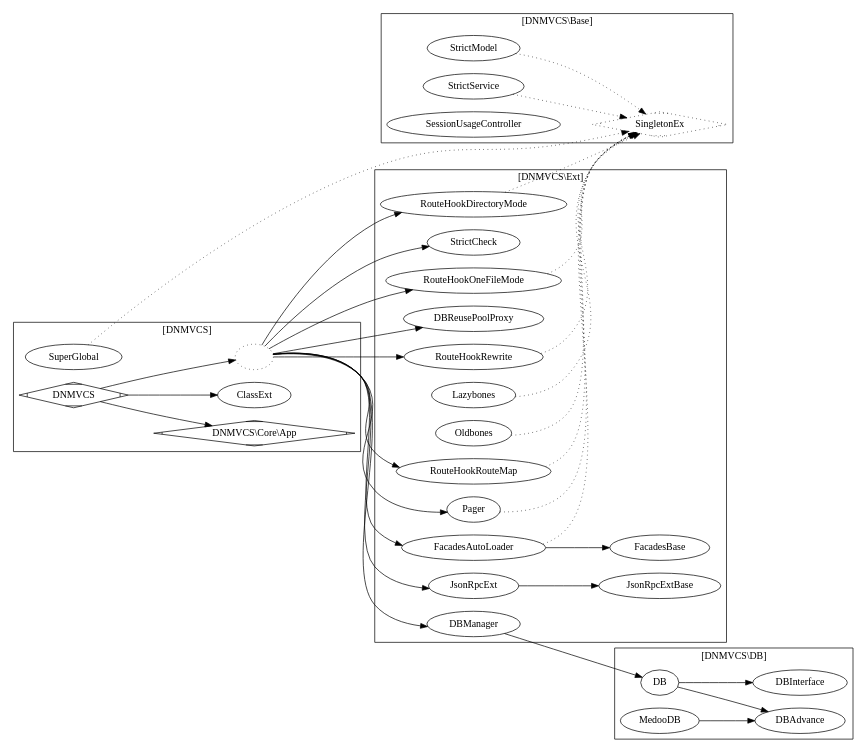
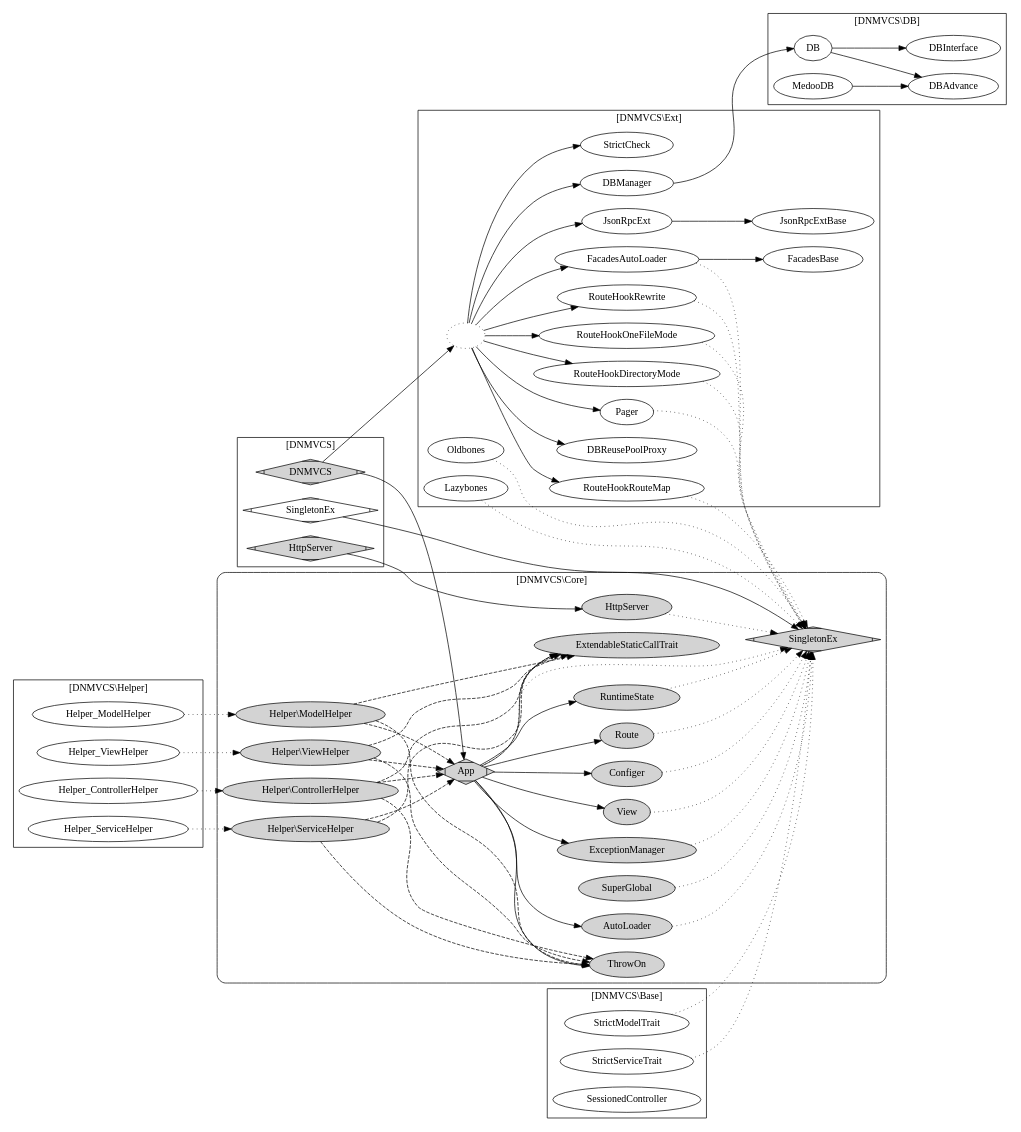
The diagram in doc/dnmvcs.gv (dvaknheo/duckphp), drawn with Graphviz before and after one commit. The commit also changed 4 other files, not shown here.

Commit message:
更新文档，Core 不需要单独结构图了

```diff
--- a/doc/dnmvcs.gv
+++ b/doc/dnmvcs.gv
@@ -1,94 +1,167 @@
 digraph G{
 /* This is a graphviz file */
 graph [rankdir = "LR"];
+    
     SingletonEx [shape=Mdiamond];
+    
+subgraph cluster_Core {
+    style = "rounded";
+    label = "[DNMVCS\\Core]";
+    node [style=filled];
+    
+    Core_App -> Core_AutoLoader ;
+    Core_App -> Core_ExceptionManager;
+    Core_App -> Core_View;
+    Core_App -> Core_Configer;
+    Core_App -> Core_Route;
+    Core_App -> Core_RuntimeState;
+    
+    Core_App -> Core_SingletonEx [style="dotted"];
+    Core_App -> Core_ThrowOn;
+    Core_App -> Core_ExtendableStaticCallTrait;
+    
+    Core_AutoLoader -> Core_SingletonEx [style="dotted"];
+    Core_ExceptionManager -> Core_SingletonEx [style="dotted"];
+    Core_View -> Core_SingletonEx [style="dotted"];
+    Core_Configer -> Core_SingletonEx [style="dotted"];
+    Core_Route -> Core_SingletonEx [style="dotted"];
+    Core_RuntimeState -> Core_SingletonEx [style="dotted"];
+    
+    Core_HttpServer -> Core_SingletonEx [style="dotted"];
+    Core_SuperGlobal -> Core_SingletonEx [style="dotted"];
 
-subgraph cluster_DNMVCS {
-    label = "[DNMVCS]";
+    Core_Helper_ModelHelper -> Core_ExtendableStaticCallTrait [style="dashed"];
+    Core_Helper_ModelHelper -> Core_ThrowOn [style="dashed"];
+    Core_Helper_ModelHelper -> Core_App [style="dashed"];
 
-    DNMVCS -> Core_App;
-    DNMVCS -> ClassExt;
+    Core_Helper_ServiceHelper -> Core_ExtendableStaticCallTrait [style="dashed"];
+    Core_Helper_ServiceHelper -> Core_ThrowOn [style="dashed"];
+    Core_Helper_ServiceHelper -> Core_App [style="dashed"];
 
-    DNMVCS -> Ext;
 
+
+    Core_Helper_ControllerHelper -> Core_ExtendableStaticCallTrait [style="dashed"];
+    Core_Helper_ControllerHelper -> Core_ThrowOn [style="dashed"];
+    Core_Helper_ControllerHelper -> Core_App [style="dashed"];
+    
+    Core_Helper_ViewHelper -> Core_ExtendableStaticCallTrait [style="dashed"];
+    Core_Helper_ViewHelper -> Core_ThrowOn [style="dashed"];
+    Core_Helper_ViewHelper -> Core_App [style="dashed"];
+
+
+    Core_App [label="App";shape=Mdiamond];
+    Core_SingletonEx [label="SingletonEx";shape=Mdiamond];
+    Core_AutoLoader [label="AutoLoader"];
+    Core_ExceptionManager [label="ExceptionManager"];
+    Core_View [label="View"];
+    Core_Configer [label="Configer"];
+    Core_Route [label="Route"];
+    Core_RuntimeState [label="RuntimeState"];
+    
+    Core_HttpServer [label="HttpServer"];
+    Core_SuperGlobal [label="SuperGlobal"];
+
+    Core_ExtendableStaticCallTrait [label="ExtendableStaticCallTrait"];
+    
+    Core_ThrowOn [label="ThrowOn"];
+
+    Core_Helper_ModelHelper [label="Helper\\ModelHelper"];
+    Core_Helper_ServiceHelper [label="Helper\\ServiceHelper"];
+    Core_Helper_ControllerHelper [label="Helper\\ControllerHelper"];
+    Core_Helper_ViewHelper [label="Helper\\ViewHelper"];
     
     
-    ClassExt;
-    SuperGlobal;
-    DNMVCS [shape=Mdiamond];
-    
-    Core_App[label="DNMVCS\\Core\\App" ,shape=Mdiamond];
+}
 
-}
+
+
 subgraph cluster_Base {
     label = "[DNMVCS\\Base]";
-StrictModel -> SingletonEx [style="dotted"]; 
-StrictService -> SingletonEx [style="dotted"]; 
-SessionUsageController;
+    StrictModelTrait -> Core_SingletonEx [style="dotted"]; 
+    StrictServiceTrait -> Core_SingletonEx [style="dotted"]; 
+    SessionedController;
 }
-subgraph cluster_SingletonEx {
-    label = "[DNMVCS\\Base]";
-        SuperGlobal -> SingletonEx[style="dotted"]; 
+subgraph cluster_Helper {
+    label = "[DNMVCS\\Helper]";
+    Helper_ControllerHelper -> Core_Helper_ControllerHelper [style="dotted"]; 
+    Helper_ModelHelper -> Core_Helper_ModelHelper [style="dotted"]; 
+    Helper_ServiceHelper -> Core_Helper_ServiceHelper [style="dotted"]; 
+    Helper_ViewHelper -> Core_Helper_ViewHelper [style="dotted"]; 
+}
 
-SingletonEx[style="dotted"]; 
-}
+
 
 
 subgraph cluster_DB {
     label = "[DNMVCS\\DB]";
 
     DB_DB -> DB_DBAdvance;
     DB_DB -> DB_DBInterface;
     DB_MedooDB -> DB_DBAdvance;
 
     DB_DB [label="DB"];
     DB_DBAdvance [label="DBAdvance"];
     DB_DBInterface [label="DBInterface"];
     DB_MedooDB [label="MedooDB"];
 
 
 }
 
 
 
 
 
 
 subgraph cluster_Ext {
 label = "[DNMVCS\\Ext]";
     Ext [label="";style="dotted"];
     
     Ext -> DBManager -> DB_DB;
     Ext -> DBReusePoolProxy; 
     Ext -> FacadesAutoLoader;
     Ext -> JsonRpcExt;
     Ext -> Pager;
     Ext -> RouteHookDirectoryMode;
     Ext -> RouteHookOneFileMode;
     Ext -> RouteHookRewrite;
     Ext -> RouteHookRouteMap;
     Ext -> StrictCheck;
     
     
     JsonRpcExt -> JsonRpcExtBase ;
 
     FacadesAutoLoader ->FacadesBase ;
-    FacadesAutoLoader -> SingletonEx [style="dotted"];
+    FacadesAutoLoader -> Core_SingletonEx [style="dotted"];
     
-    RouteHookRewrite -> SingletonEx[style="dotted"]; 
-    RouteHookRouteMap -> SingletonEx [style="dotted"]; 
+    RouteHookRewrite -> Core_SingletonEx[style="dotted"]; 
+    RouteHookRouteMap -> Core_SingletonEx [style="dotted"]; 
     
-    Lazybones -> SingletonEx [style="dotted"]; 
-    Oldbones -> SingletonEx [style="dotted"]; 
+    Lazybones -> Core_SingletonEx [style="dotted"]; 
+    Oldbones -> Core_SingletonEx [style="dotted"]; 
     
     
 
     
-    RouteHookDirectoryMode -> SingletonEx [style="dotted"]; 
-    RouteHookOneFileMode -> SingletonEx [style="dotted"];
+    RouteHookDirectoryMode -> Core_SingletonEx [style="dotted"]; 
+    RouteHookOneFileMode -> Core_SingletonEx [style="dotted"];
 
-    Pager -> SingletonEx [style="dotted"]; 
+    Pager -> Core_SingletonEx [style="dotted"]; 
+
+}
+subgraph cluster_DNMVCS {
+    label = "[DNMVCS]";
+        node [style=filled];
+
+    HttpServer -> Core_HttpServer;
+    DNMVCS -> Core_App;
+    SingletonEx -> Core_SingletonEx;
+
+    DNMVCS -> Ext;
+
+    DNMVCS [shape=Mdiamond];
+    HttpServer [shape=Mdiamond];
+    
 
 }
 
 }
```
